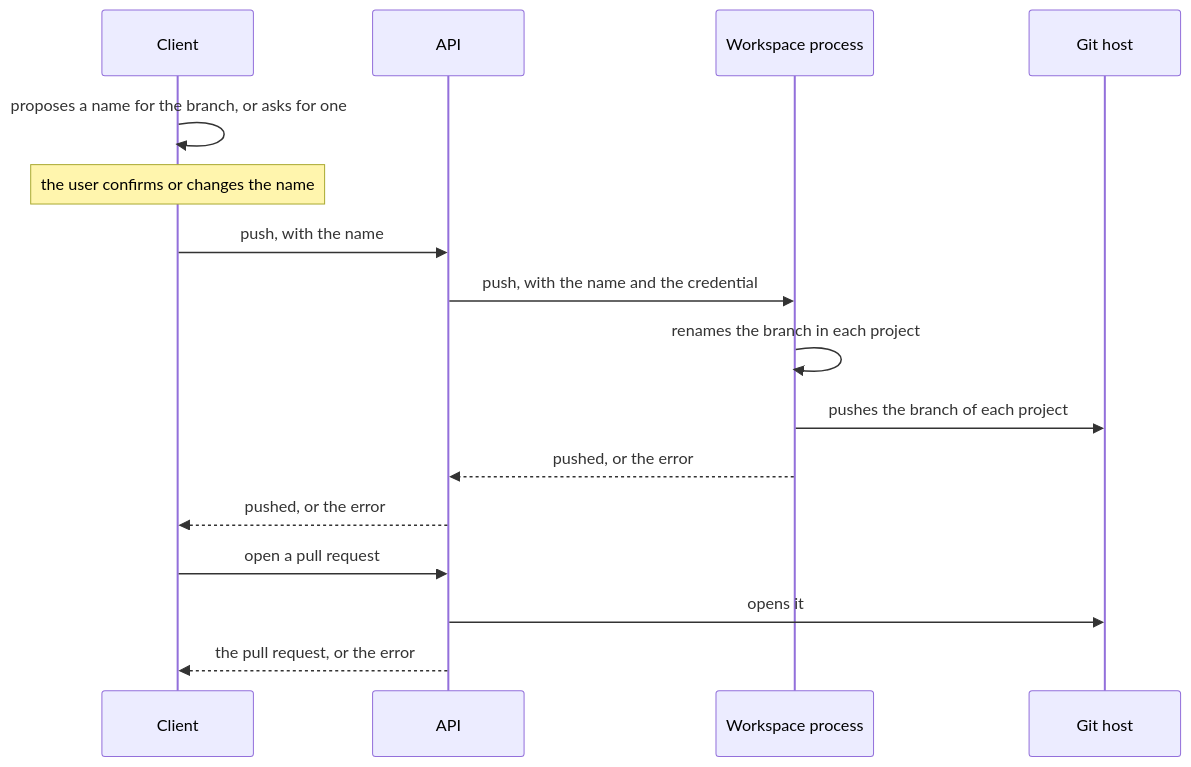
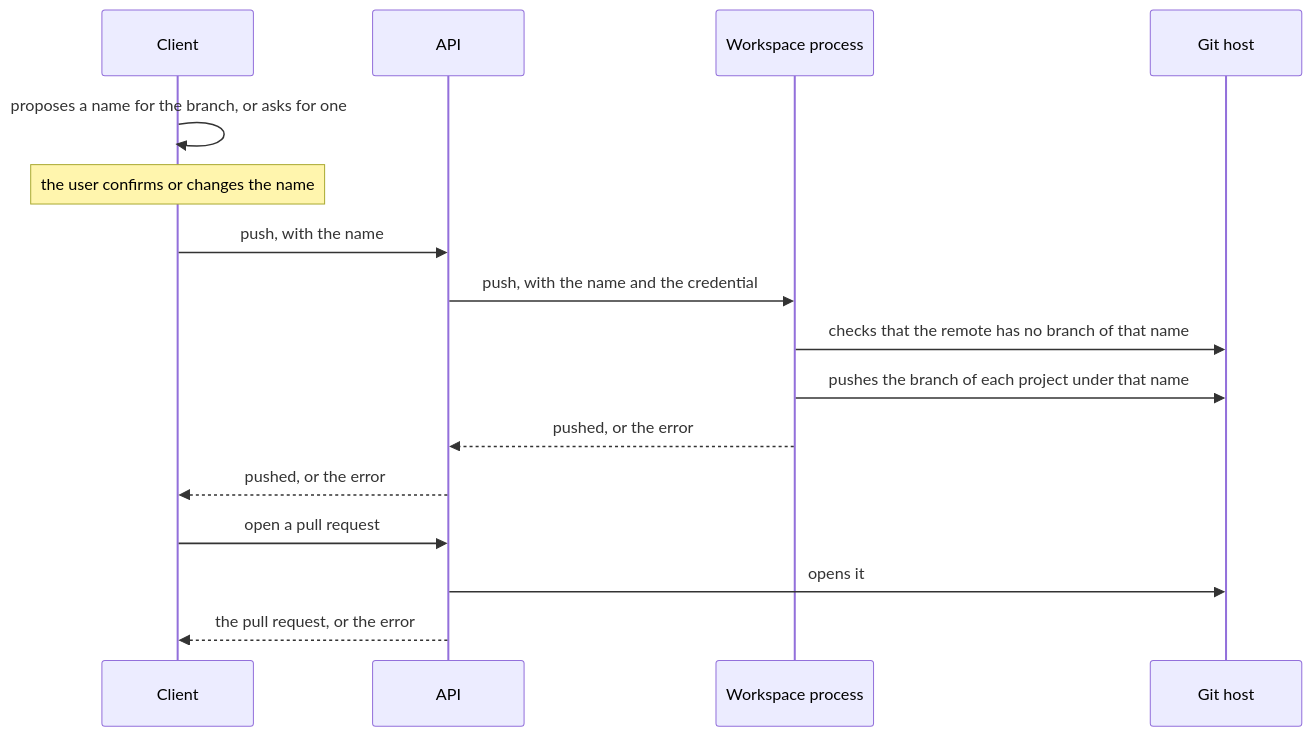
The diagram in flows/changes-and-push.md (Mikode13/harness-docs), drawn with Mermaid before and after one commit. The commit also changed other lines of this file and 7 other files, not shown here.

First line of the commit message:
docs: cover restores and pushes in the recovery, and keep a worktree's branch name

````diff
--- a/flows/changes-and-push.md
+++ b/flows/changes-and-push.md
@@ -51,20 +52,20 @@
 ```mermaid
 sequenceDiagram
     participant C as Client
     participant A as API
     participant W as Workspace process
     participant G as Git host
 
     C->>C: proposes a name for the branch, or asks for one
     Note over C: the user confirms or changes the name
     C->>A: push, with the name
     A->>W: push, with the name and the credential
-    W->>W: renames the branch in each project
-    W->>G: pushes the branch of each project
+    W->>G: checks that the remote has no branch of that name
+    W->>G: pushes the branch of each project under that name
     W-->>A: pushed, or the error
     A-->>C: pushed, or the error
 
     C->>A: open a pull request
     A->>G: opens it
     A-->>C: the pull request, or the error
 ```
````
